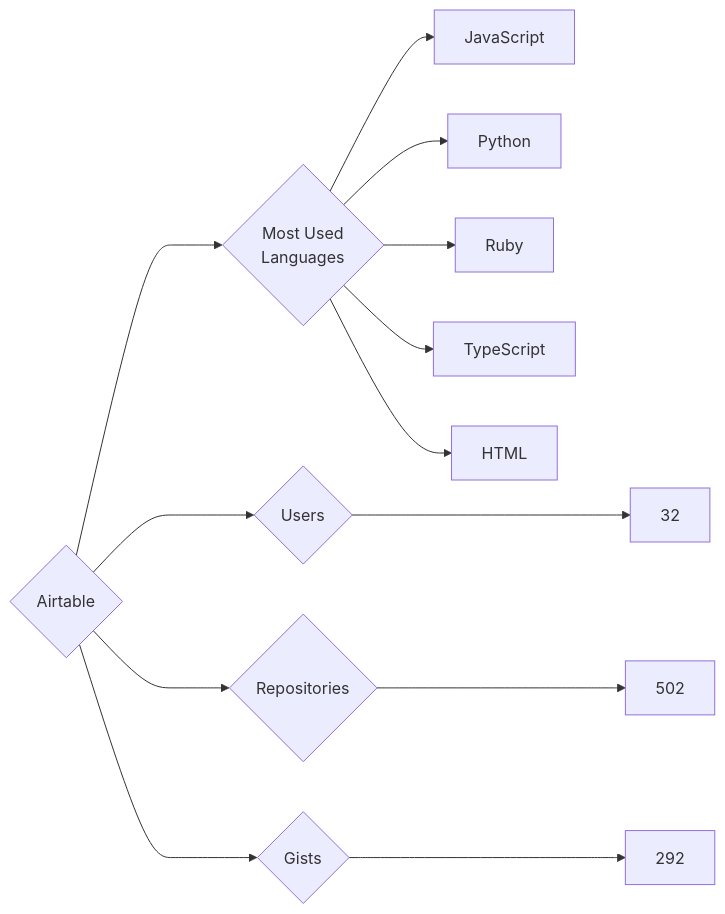
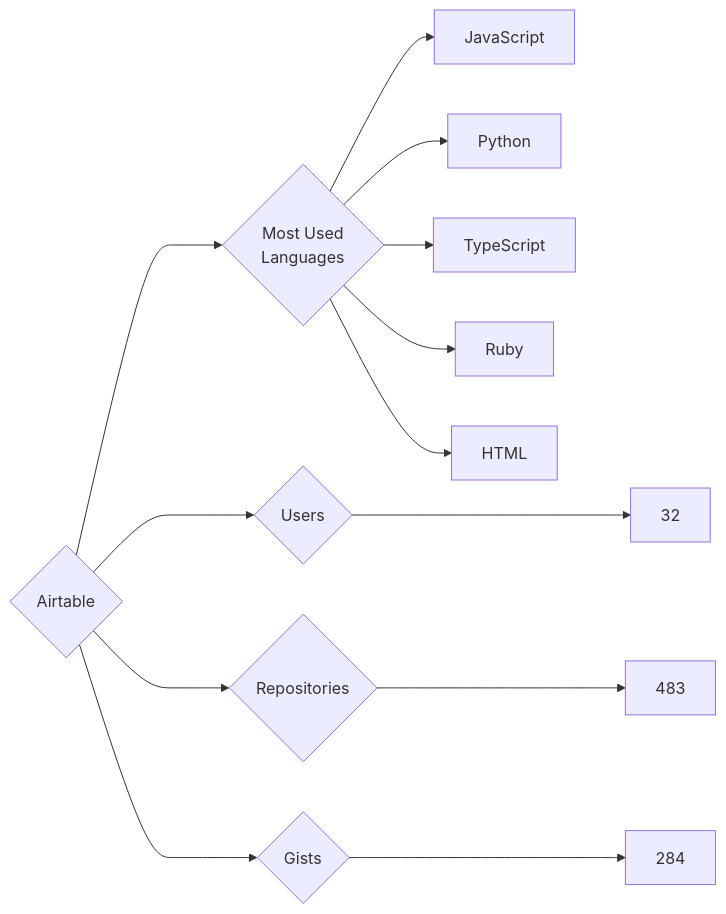
Before and after one commit to trickest/insiders: the diagram in targets/Airtable/README.md, drawn with Mermaid. The commit also changed 611 other files, not shown here.

````diff
--- a/targets/Airtable/README.md
+++ b/targets/Airtable/README.md
@@ -3,13 +3,13 @@
 ```mermaid
 graph LR
 COMPANY_NAME{Airtable}
 COMPANY_NAME ---> U{Users} ---> UN[32]
-COMPANY_NAME ---> R{Repositories} ---> RN[502]
-COMPANY_NAME ---> G{Gists} ---> GN[292]
+COMPANY_NAME ---> R{Repositories} ---> RN[483]
+COMPANY_NAME ---> G{Gists} ---> GN[284]
 COMPANY_NAME ---> ML{Most Used<br>Languages}
 ML --> JavaScript[JavaScript]
 ML --> Python[Python]
+ML --> TypeScript[TypeScript]
 ML --> Ruby[Ruby]
-ML --> TypeScript[TypeScript]
 ML --> HTML[HTML]
 ```
````
